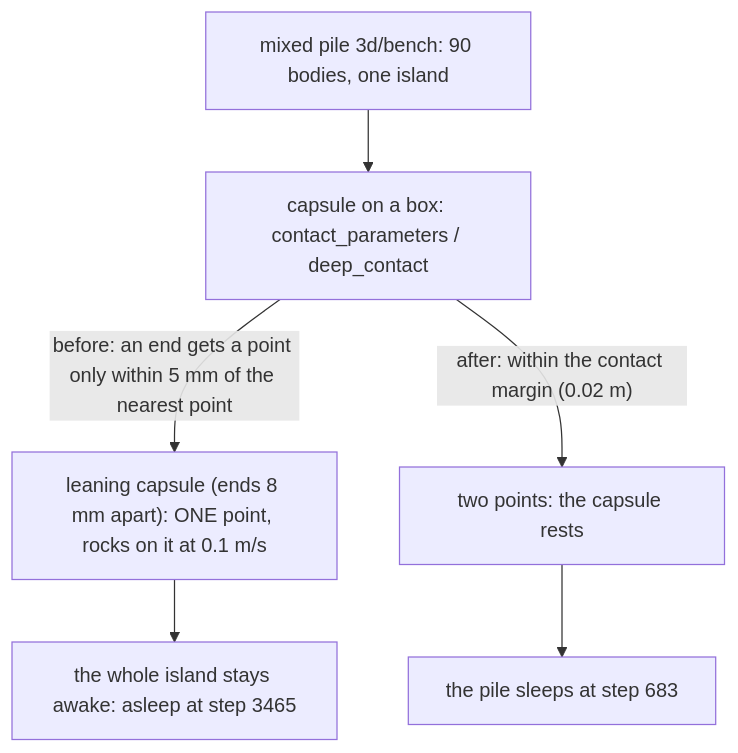
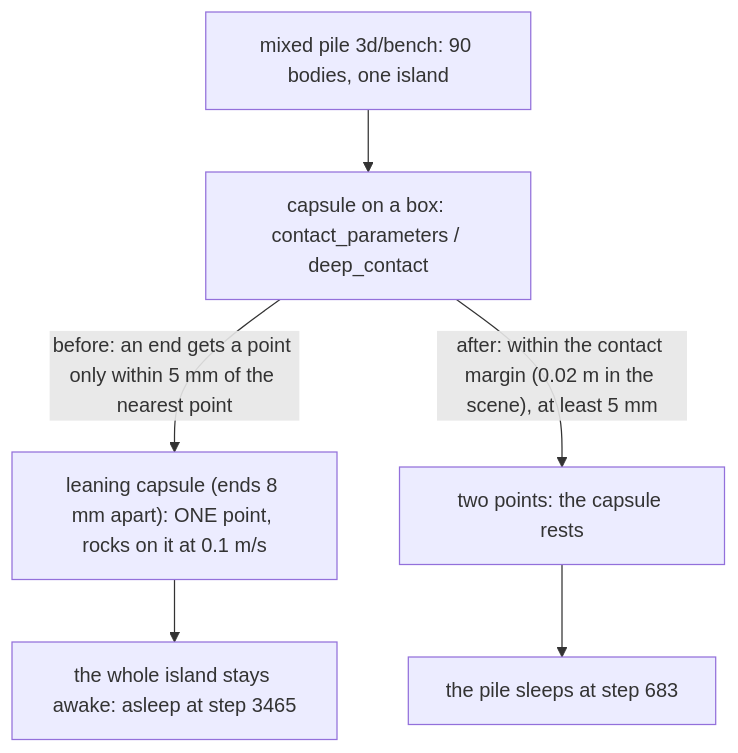
Before and after one commit to giamat90/DuckEngine: the diagram in reviews/8-21.md, drawn with Mermaid. The commit also changed other lines of this file and 3 other files, not shown here.

````diff
--- a/reviews/8-21.md
+++ b/reviews/8-21.md
@@ -5,8 +5,8 @@
 ```mermaid
 flowchart TD
   P["mixed pile 3d/bench: 90 bodies, one island"] --> C["capsule on a box: contact_parameters / deep_contact"]
   C -->|"before: an end gets a point only within 5 mm of the nearest point"| O["leaning capsule (ends 8 mm apart): ONE point, rocks on it at 0.1 m/s"]
   O --> W["the whole island stays awake: asleep at step 3465"]
-  C -->|"after: within the contact margin (0.02 m)"| B["two points: the capsule rests"]
+  C -->|"after: within the contact margin (0.02 m in the scene), at least 5 mm"| B["two points: the capsule rests"]
   B --> S["the pile sleeps at step 683"]
 ```
````
